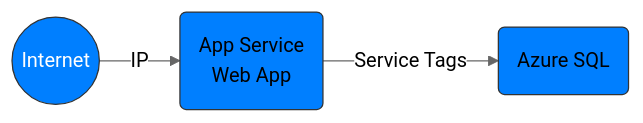
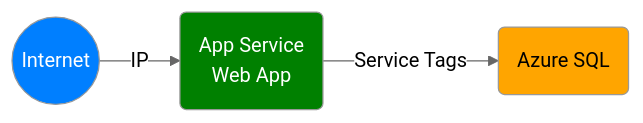
The second of 7 diagrams in README.md (msalemor/app-services-networking), drawn with Mermaid (neutral theme) before and after one commit. The commit also changed other lines of this file, not shown here.

````diff
--- a/README.md
+++ b/README.md
@@ -61,8 +61,11 @@
 ```mermaid
 graph LR;
     A((Internet))-- IP -->B(App Service<br/>Web App);
     B-- Service Tags -->C(Azure SQL);
-    style A fill:#007FFF,stroke:#333,stroke-width:1px,color:#fff;
-    style B fill:#007FFF,stroke:#333,stroke-width:1px
-    style C fill:#007FFF,stroke:#333,stroke-width:1px
+    classDef internet fill:#007FFF,color:white;
+    classDef unsafe fill:green,color:white;
+    classDef semisafe fill:orange,color:black;
+    class A internet;
+    class B unsafe;
+    class C semisafe;
 ```
````
